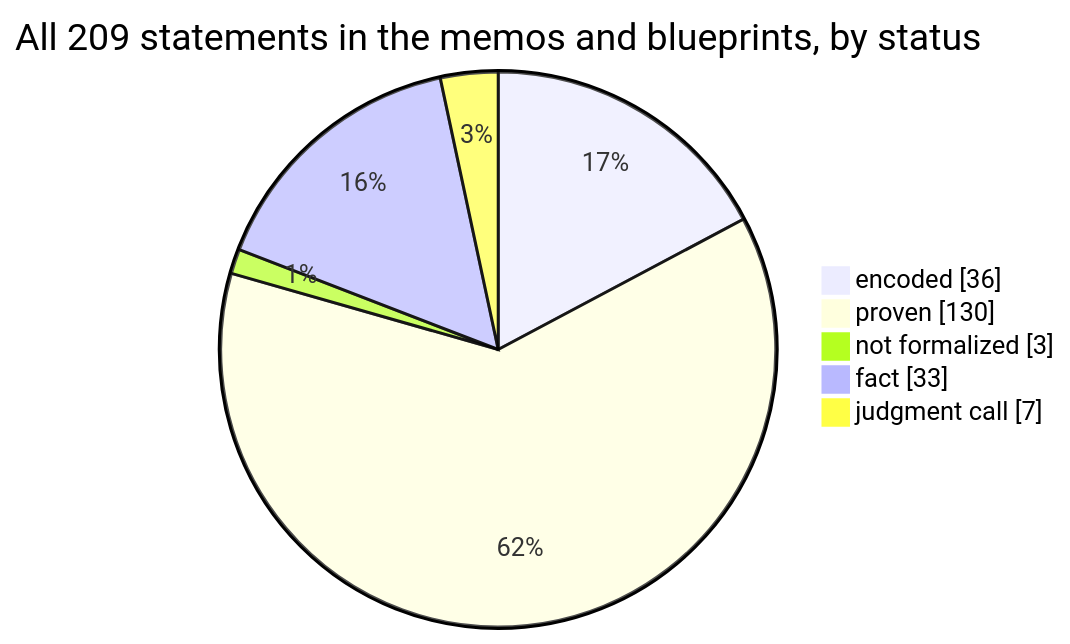
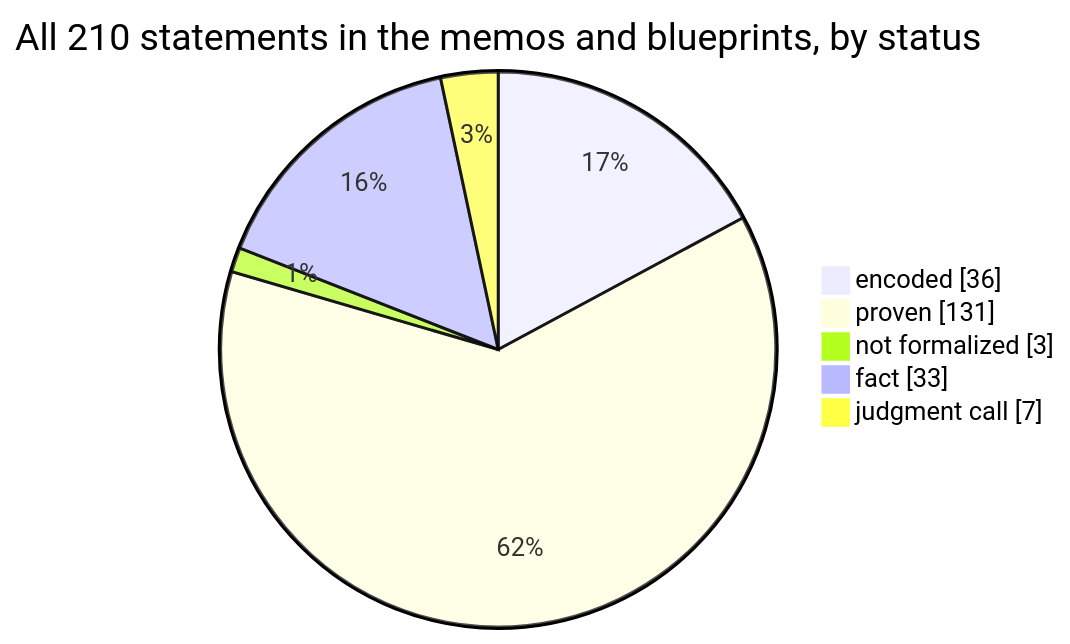
Before and after one commit to SeanWMurray/Canteen: the first of 4 diagrams in docs/graphs/dashboard.md, drawn with Mermaid. The commit also changed other lines of this file and 13 other files, not shown here.

````diff
--- a/docs/graphs/dashboard.md
+++ b/docs/graphs/dashboard.md
@@ -11,8 +11,8 @@
 ```mermaid
-pie showData title All 209 statements in the memos and blueprints, by status
+pie showData title All 210 statements in the memos and blueprints, by status
     "encoded" : 36
-    "proven" : 130
+    "proven" : 131
     "not formalized" : 3
     "fact" : 33
     "judgment call" : 7
 ```
````
